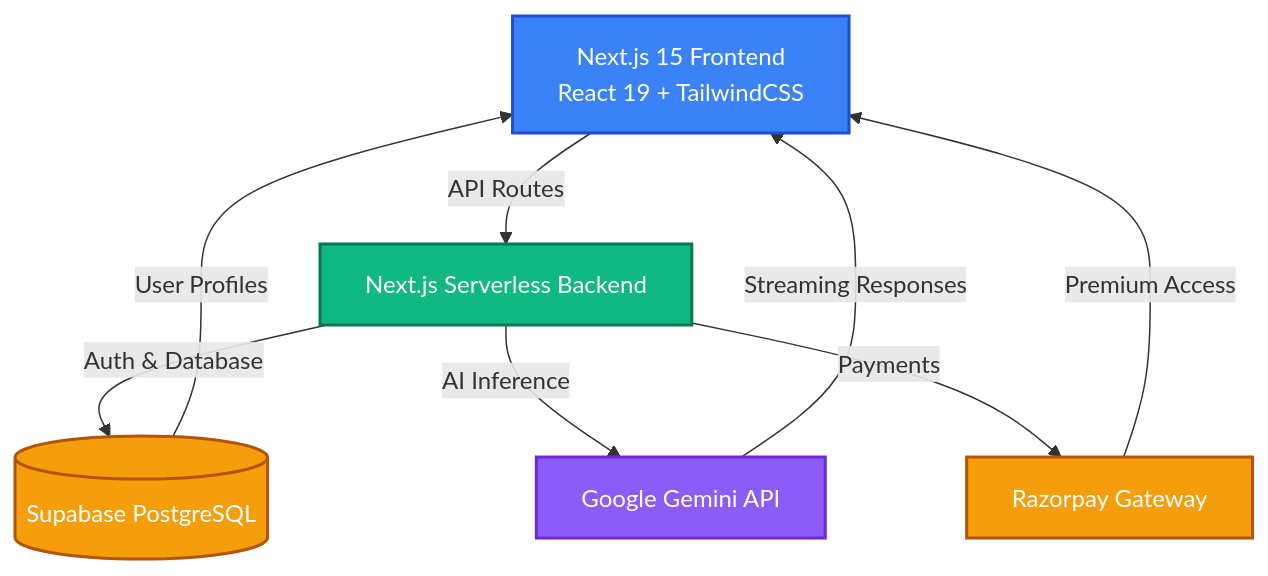
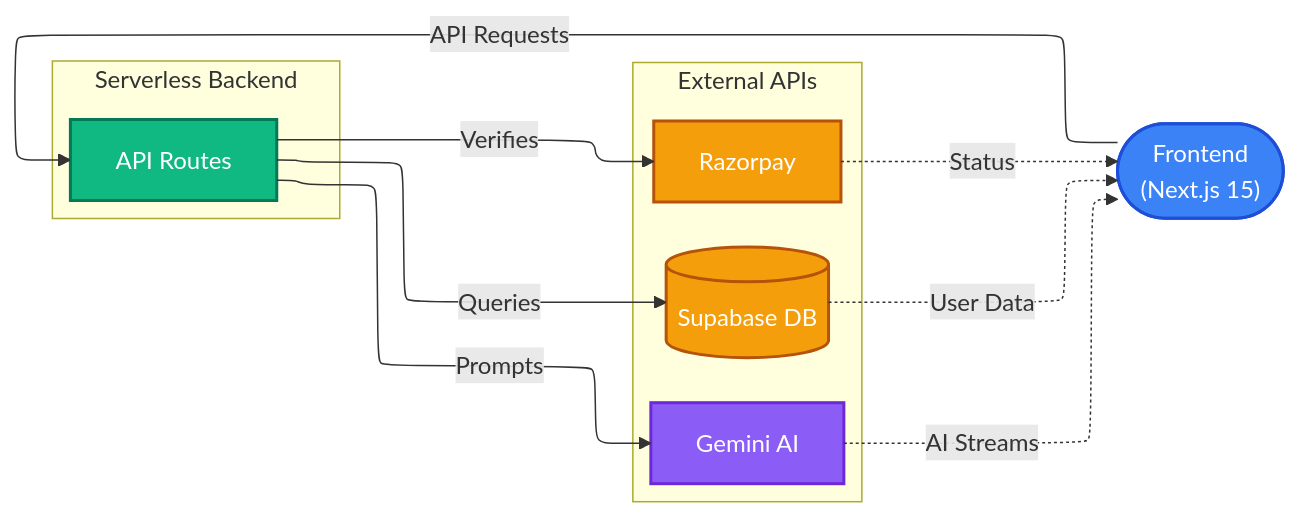
One commit to divyanshus2404/BlueBottleCap-Saas changed the fourth of 4 diagrams in README.md. Above: the diagram before and after it, drawn with Mermaid. The commit also changed other lines of this file, not shown here.

Commit message:
style: fix mermaid chart overlapping and layout issues using elk renderer

````diff
--- a/README.md
+++ b/README.md
@@ -83,23 +88,37 @@
 ```mermaid
-graph TD
-    UI[Next.js 15 Frontend<br/>React 19 + TailwindCSS] --> |API Routes| API[Next.js Serverless Backend]
+%%{init: {"flowchart": {"defaultRenderer": "elk", "nodeSpacing": 100, "rankSpacing": 100}}}%%
+graph LR
+    UI(["Frontend<br/>(Next.js 15)"]) 
+
+    subgraph Backend [Serverless Backend]
+        direction TB
+        API["API Routes"]
+    end
+
+    subgraph Services [External APIs]
+        direction TB
+        DB[("Supabase DB")]
+        AI["Gemini AI"]
+        Pay["Razorpay"]
+    end
+
+    UI -->|API Requests| API
     
-    API --> |Auth & Database| DB[(Supabase PostgreSQL)]
-    API --> |AI Inference| AI[Google Gemini API]
-    API --> |Payments| Pay[Razorpay Gateway]
-    
-    DB --> |User Profiles| UI
-    AI --> |Streaming Responses| UI
-    Pay --> |Premium Access| UI
-    
-    classDef frontend fill:#3B82F6,stroke:#1D4ED8,stroke-width:2px,color:#fff;
-    classDef backend fill:#10B981,stroke:#047857,stroke-width:2px,color:#fff;
+    API -->|Queries| DB
+    API -->|Prompts| AI
+    API -->|Verifies| Pay
+
+    DB -.->|User Data| UI
+    AI -.->|AI Streams| UI
+    Pay -.->|Status| UI
+
+    classDef ui fill:#3B82F6,stroke:#1D4ED8,stroke-width:2px,color:#fff;
+    classDef api fill:#10B981,stroke:#047857,stroke-width:2px,color:#fff;
     classDef db fill:#F59E0B,stroke:#B45309,stroke-width:2px,color:#fff;
     classDef ai fill:#8B5CF6,stroke:#6D28D9,stroke-width:2px,color:#fff;
     
-    class UI frontend;
-    class API backend;
-    class DB db;
+    class UI ui;
+    class API api;
+    class DB,Pay db;
     class AI ai;
-    class Pay db;
 ```
````
